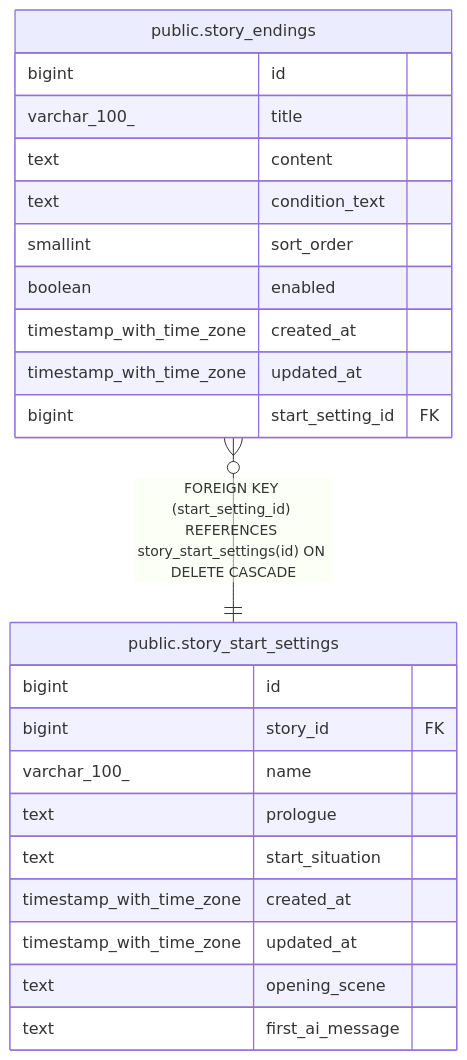
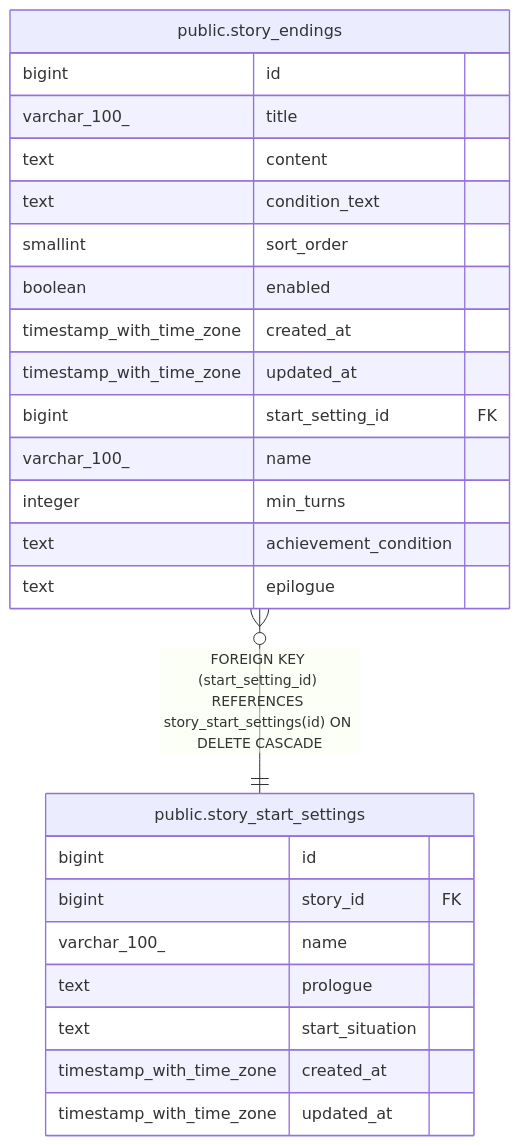
Before and after one commit to KIM-N-KANG/manyak-server: the diagram in dbdoc/public.story_endings.md, drawn with Mermaid. The commit also changed other lines of this file and 51 other files, not shown here.

````diff
--- a/dbdoc/public.story_endings.md
+++ b/dbdoc/public.story_endings.md
@@ -36,28 +41,30 @@
 ```mermaid
 erDiagram
 
 "public.story_endings" }o--|| "public.story_start_settings" : "FOREIGN KEY (start_setting_id) REFERENCES story_start_settings(id) ON DELETE CASCADE"
 
 "public.story_endings" {
   bigint id
   varchar_100_ title
   text content
   text condition_text
   smallint sort_order
   boolean enabled
   timestamp_with_time_zone created_at
   timestamp_with_time_zone updated_at
   bigint start_setting_id FK
+  varchar_100_ name
+  integer min_turns
+  text achievement_condition
+  text epilogue
 }
 "public.story_start_settings" {
   bigint id
   bigint story_id FK
   varchar_100_ name
   text prologue
   text start_situation
   timestamp_with_time_zone created_at
   timestamp_with_time_zone updated_at
-  text opening_scene
-  text first_ai_message
 }
 ```
````
